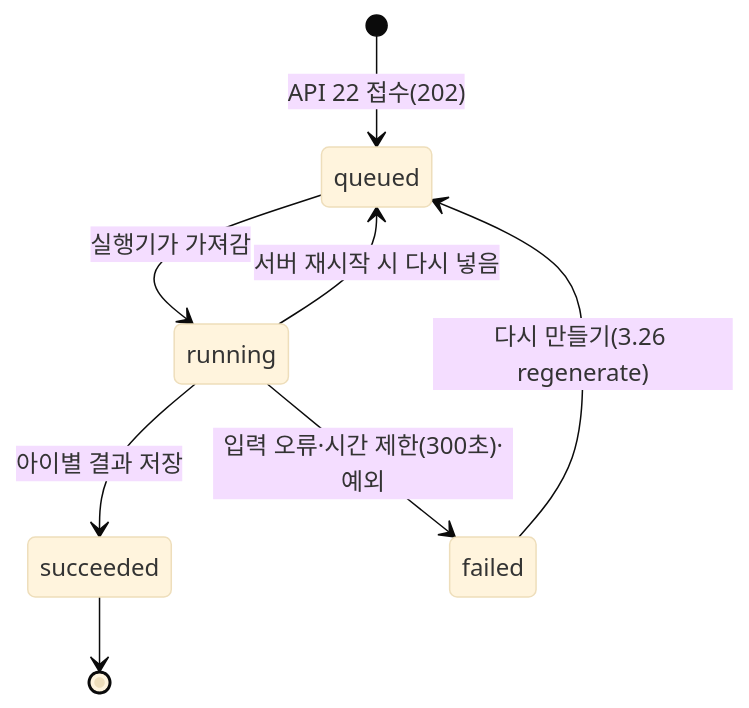
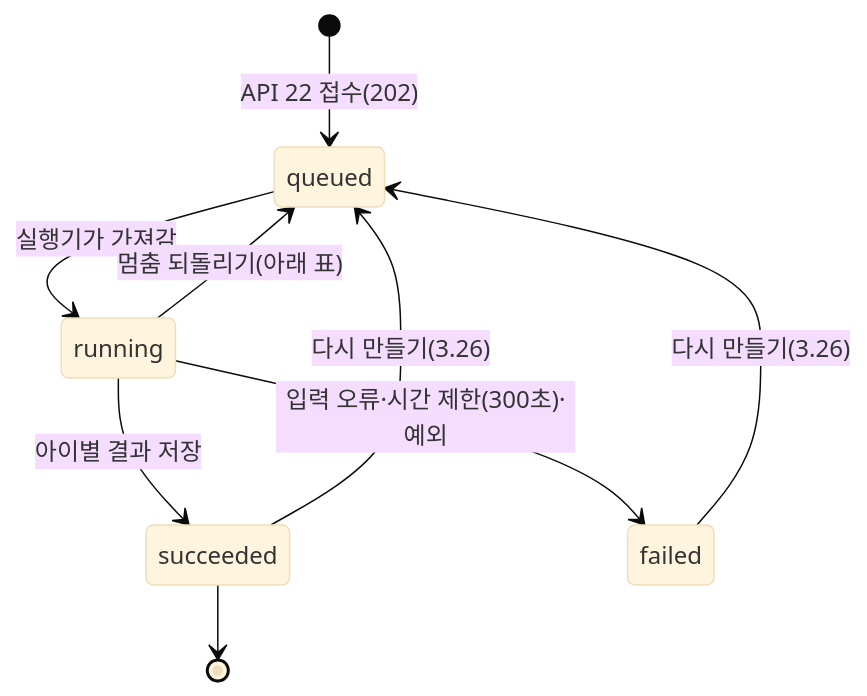
One commit to aio-final-2team/FinalProject_2Team changed the first of 2 diagrams in Docs/Step3/T25_단일에이전트_상태전이_설계서.md. Above: the diagram before and after it, drawn with Mermaid (base theme). The commit also changed other lines of this file and 1 other file, not shown here.

````diff
--- a/Docs/Step3/T25_단일에이전트_상태전이_설계서.md
+++ b/Docs/Step3/T25_단일에이전트_상태전이_설계서.md
@@ -33,10 +33,11 @@
 ```mermaid
 stateDiagram-v2
     [*] --> queued: API 22 접수(202)
     queued --> running: 실행기가 가져감
     running --> succeeded: 아이별 결과 저장
     running --> failed: 입력 오류·시간 제한(300초)·예외
-    failed --> queued: 다시 만들기(3.26 regenerate)
-    running --> queued: 서버 재시작 시 다시 넣음
+    failed --> queued: 다시 만들기(3.26)
+    succeeded --> queued: 다시 만들기(3.26)
+    running --> queued: 멈춤 되돌리기(아래 표)
     succeeded --> [*]
 ```
````
